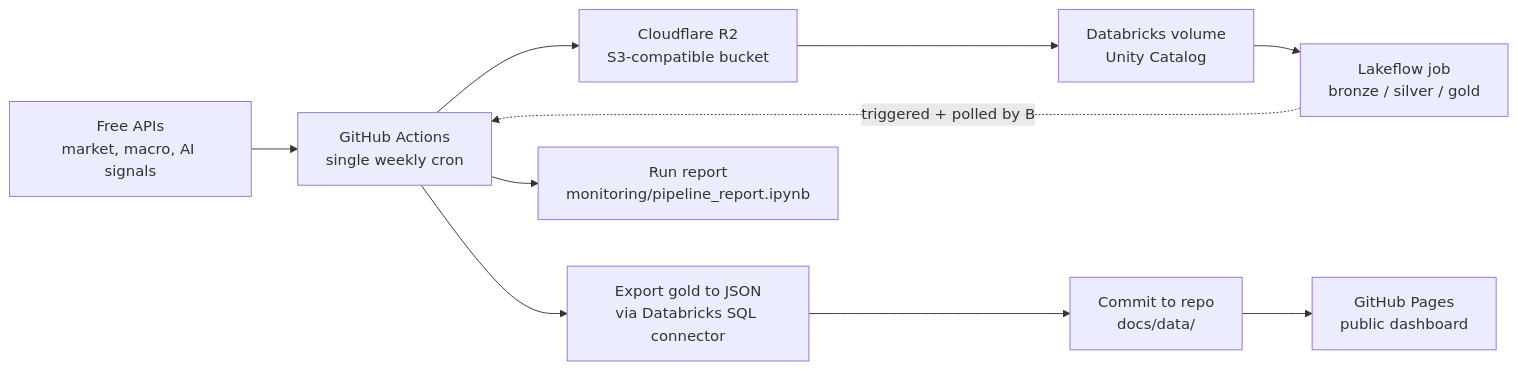
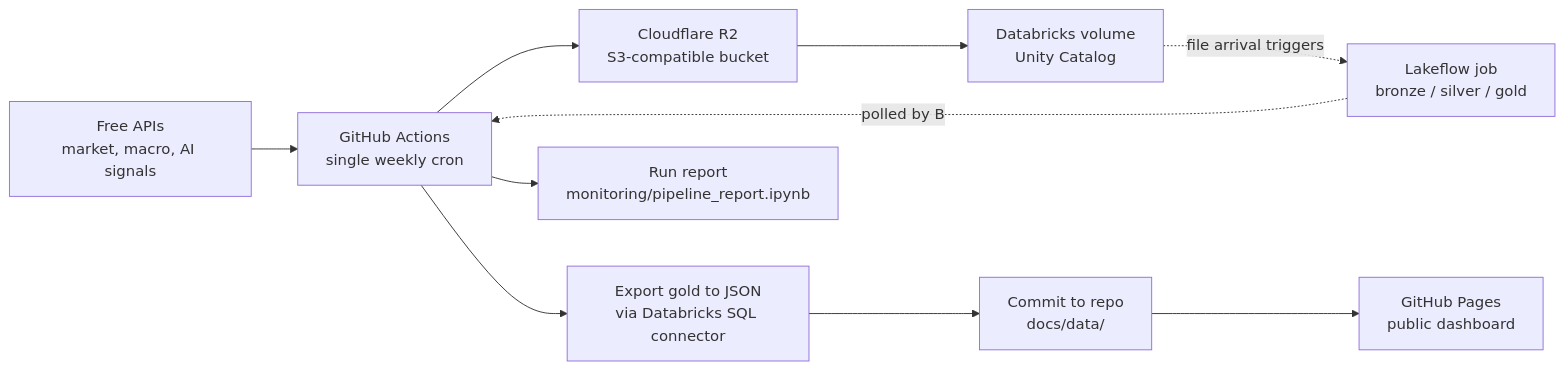
Before and after one commit to pdglenchur-glitch/market_ai_pulse: the diagram in README.md, drawn with Mermaid. The commit also changed other lines of this file and 6 other files, not shown here.

````diff
--- a/README.md
+++ b/README.md
@@ -85,12 +85,12 @@
 ```mermaid
 flowchart LR
     A[Free APIs\nmarket, macro, AI signals] --> B[GitHub Actions\nsingle weekly cron]
     B --> C[Cloudflare R2\nS3-compatible bucket]
     C --> D[Databricks volume\nUnity Catalog]
-    D --> E[Lakeflow job\nbronze / silver / gold]
-    E -.triggered + polled by B.-> B
+    D -.file arrival triggers.-> E[Lakeflow job\nbronze / silver / gold]
+    E -.polled by B.-> B
     B --> F[Export gold to JSON\nvia Databricks SQL connector]
     F --> G[Commit to repo\ndocs/data/]
     G --> H[GitHub Pages\npublic dashboard]
     B --> I[Run report\nmonitoring/pipeline_report.ipynb]
 ```
````
